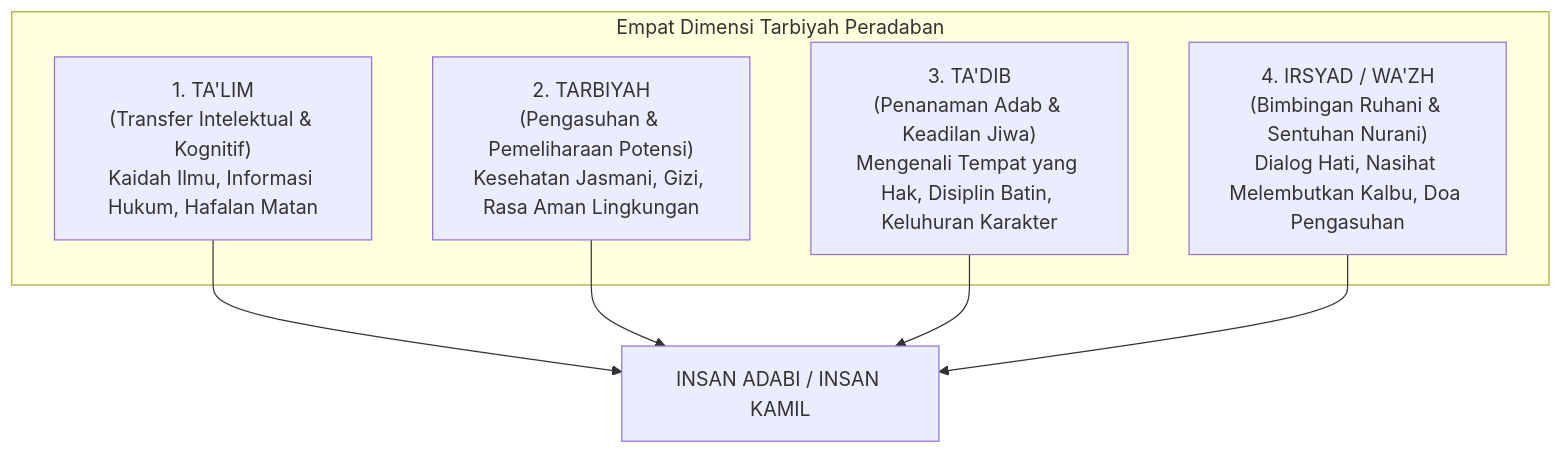
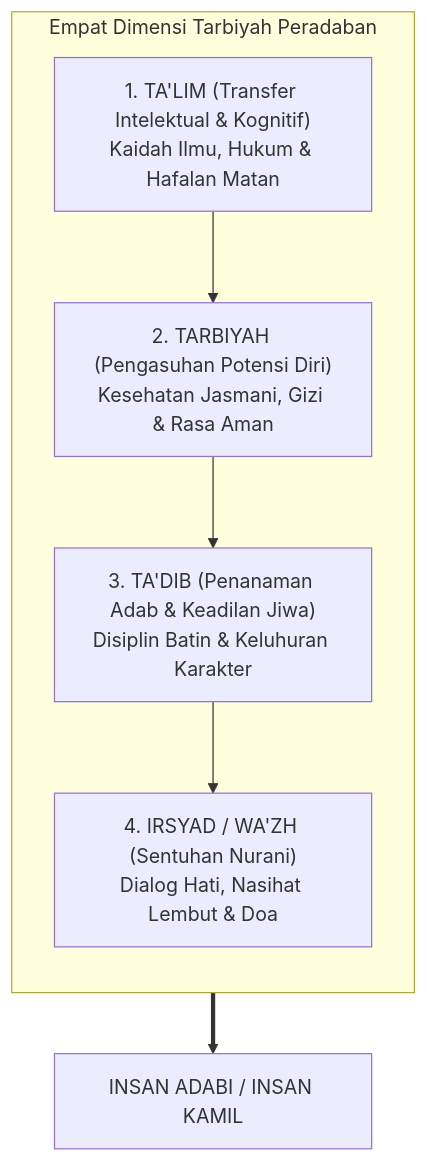
One commit to wandiapriliyandi/tumbuh changed the first of 4 diagrams in BOOK Series 1/01-The-Fundamental-of-TUMBUH/Bab-06-Falsafah-Tarbiyah-Tadib-dan-Ekosistem-Keteladanan.md. Above: the diagram before and after it, drawn with Mermaid. The commit also changed other lines of this file and 35 other files, not shown here.

Commit message:
fix(book-01): optimasi keterbacaan diagram mermaid pada seluruh bab dan perbarui 20 file PDF

````diff
--- a/BOOK Series 1/01-The-Fundamental-of-TUMBUH/Bab-06-Falsafah-Tarbiyah-Tadib-dan-Ekosistem-Keteladanan.md
+++ b/BOOK Series 1/01-The-Fundamental-of-TUMBUH/Bab-06-Falsafah-Tarbiyah-Tadib-dan-Ekosistem-Keteladanan.md
@@ -31,14 +31,12 @@
 ```mermaid
 graph TD
     subgraph EMPAT_DIMENSI_PENDIDIKAN_ISLAM["Empat Dimensi Tarbiyah Peradaban"]
-        TL["1. TA'LIM<br/>(Transfer Intelektual & Kognitif)<br/>Kaidah Ilmu, Informasi Hukum, Hafalan Matan"]
-        TR["2. TARBIYAH<br/>(Pengasuhan & Pemeliharaan Potensi)<br/>Kesehatan Jasmani, Gizi, Rasa Aman Lingkungan"]
-        TD["3. TA'DIB<br/>(Penanaman Adab & Keadilan Jiwa)<br/>Mengenali Tempat yang Hak, Disiplin Batin, Keluhuran Karakter"]
-        IR["4. IRSYAD / WA'ZH<br/>(Bimbingan Ruhani & Sentuhan Nurani)<br/>Dialog Hati, Nasihat Melembutkan Kalbu, Doa Pengasuhan"]
+        direction TB
+        TL["1. TA'LIM (Transfer Intelektual & Kognitif)<br/>Kaidah Ilmu, Hukum & Hafalan Matan"]
+        --> TR["2. TARBIYAH (Pengasuhan Potensi Diri)<br/>Kesehatan Jasmani, Gizi & Rasa Aman"]
+        --> TD["3. TA'DIB (Penanaman Adab & Keadilan Jiwa)<br/>Disiplin Batin & Keluhuran Karakter"]
+        --> IR["4. IRSYAD / WA'ZH (Sentuhan Nurani)<br/>Dialog Hati, Nasihat Lembut & Doa"]
     end
 
-    TL --> S["INSAN ADABI / INSAN KAMIL"]
-    TR --> S
-    TD --> S
-    IR --> S
+    EMPAT_DIMENSI_PENDIDIKAN_ISLAM ==> S["INSAN ADABI / INSAN KAMIL"]
 ```
````
